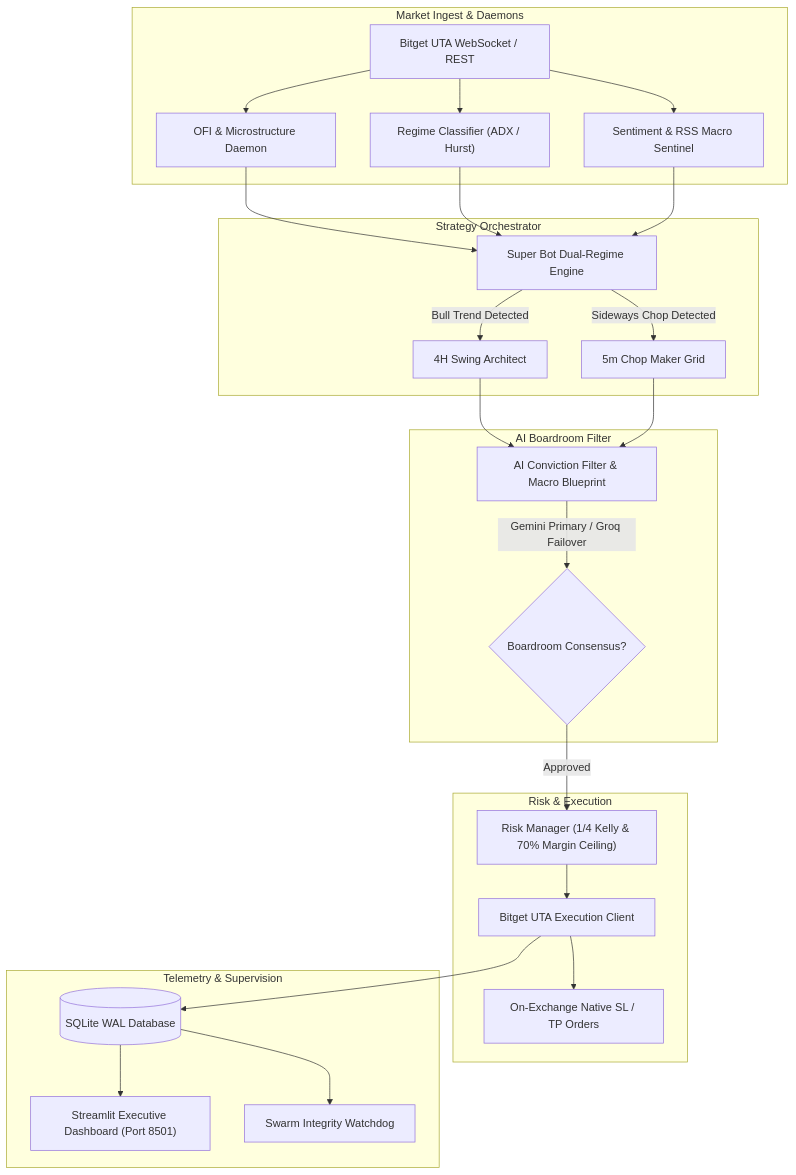
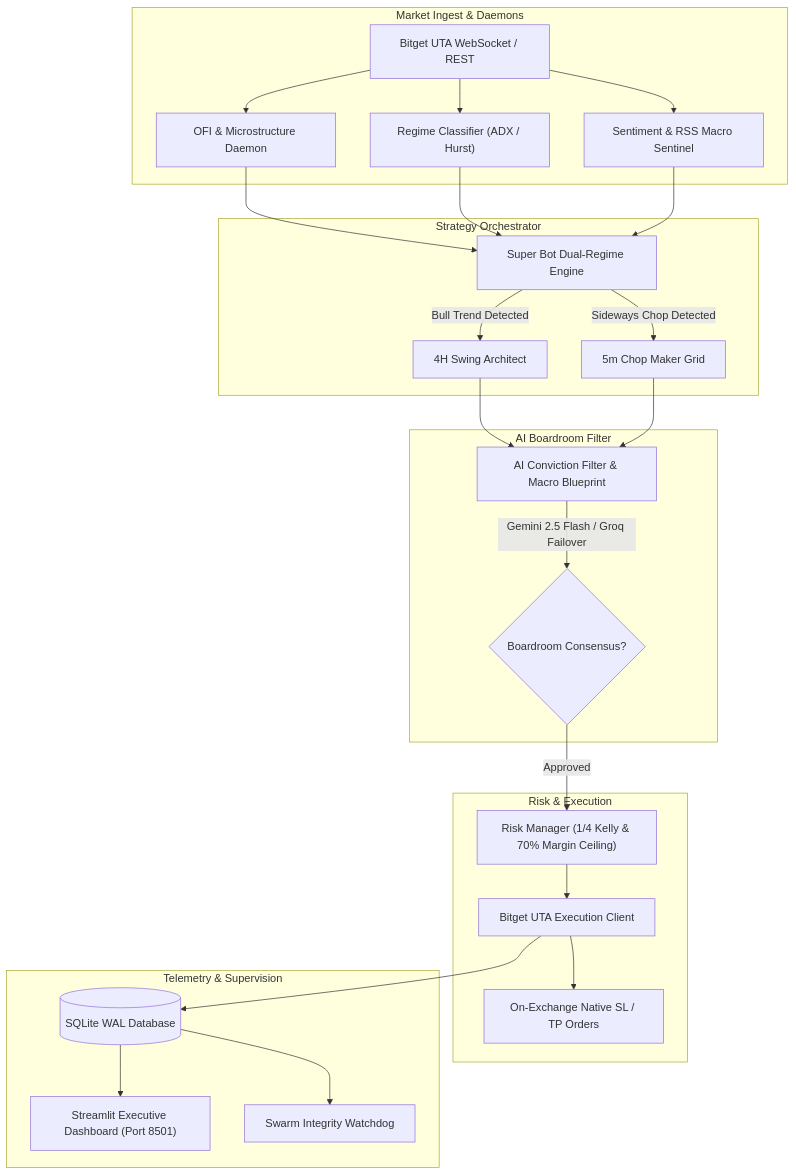
The diagram in README.md (Mrbadador/autonomous-crypto-trading-bot), drawn with Mermaid before and after one commit. The commit also changed other lines of this file and 192 other files, not shown here.

````diff
--- a/README.md
+++ b/README.md
@@ -65,34 +81,34 @@
 ```mermaid
 flowchart TD
     subgraph Market_Ingest["Market Ingest & Daemons"]
         MD["Bitget UTA WebSocket / REST"] --> OFI["OFI & Microstructure Daemon"]
         MD --> REG["Regime Classifier (ADX / Hurst)"]
         MD --> SENT["Sentiment & RSS Macro Sentinel"]
     end
 
     subgraph Strategy_Orchestrator["Strategy Orchestrator"]
         OFI --> SB["Super Bot Dual-Regime Engine"]
         REG --> SB
         SENT --> SB
         SB -->|Bull Trend Detected| SWING["4H Swing Architect"]
         SB -->|Sideways Chop Detected| CHOP["5m Chop Maker Grid"]
     end
 
     subgraph AI_Boardroom["AI Boardroom Filter"]
         SWING --> AI["AI Conviction Filter & Macro Blueprint"]
         CHOP --> AI
-        AI -->|Gemini Primary / Groq Failover| VETO{"Boardroom Consensus?"}
+        AI -->|Gemini 2.5 Flash / Groq Failover| VETO{"Boardroom Consensus?"}
     end
 
     subgraph Risk_Execution["Risk & Execution"]
         VETO -->|Approved| RM["Risk Manager (1/4 Kelly & 70% Margin Ceiling)"]
         RM --> EX["Bitget UTA Execution Client"]
         EX --> STOP["On-Exchange Native SL / TP Orders"]
     end
 
     subgraph Telemetry_Supervision["Telemetry & Supervision"]
         EX --> DB[("SQLite WAL Database")]
         DB --> HUD["Streamlit Executive Dashboard (Port 8501)"]
         DB --> WATCH["Swarm Integrity Watchdog"]
     end
 ```
````
